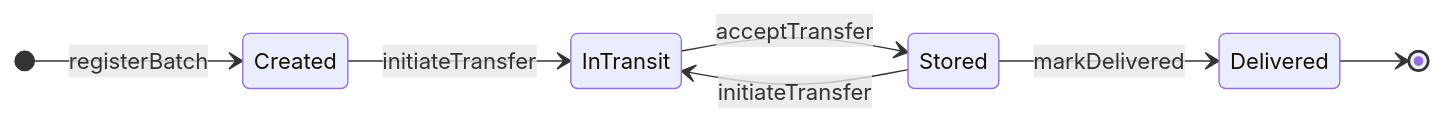
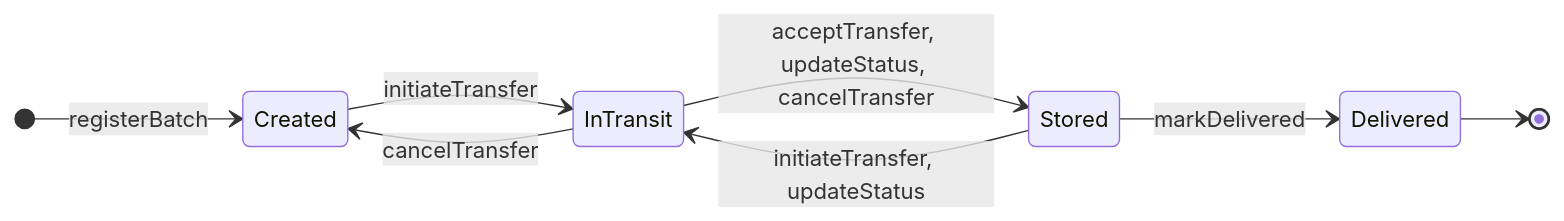
The second of 3 diagrams in README.md (Srijan2601/cse540-pharma-provenance), drawn with Mermaid before and after one commit. The commit also changed other lines of this file and 28 other files, not shown here.

````diff
--- a/README.md
+++ b/README.md
@@ -164,10 +129,11 @@
 ```mermaid
 stateDiagram-v2
     direction LR
     [*] --> Created: registerBatch
     Created --> InTransit: initiateTransfer
-    InTransit --> Stored: acceptTransfer
-    Stored --> InTransit: initiateTransfer
+    InTransit --> Created: cancelTransfer
+    InTransit --> Stored: acceptTransfer, updateStatus, cancelTransfer
+    Stored --> InTransit: initiateTransfer, updateStatus
     Stored --> Delivered: markDelivered
     Delivered --> [*]
 ```
````
